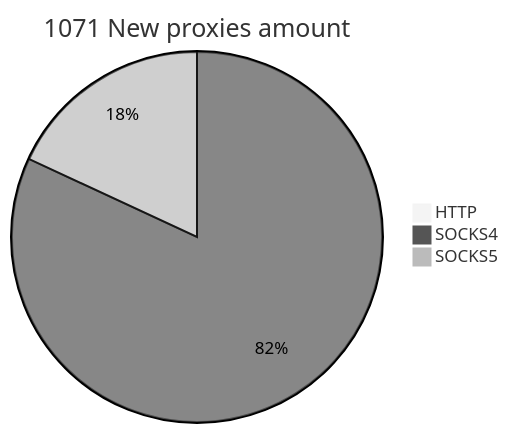
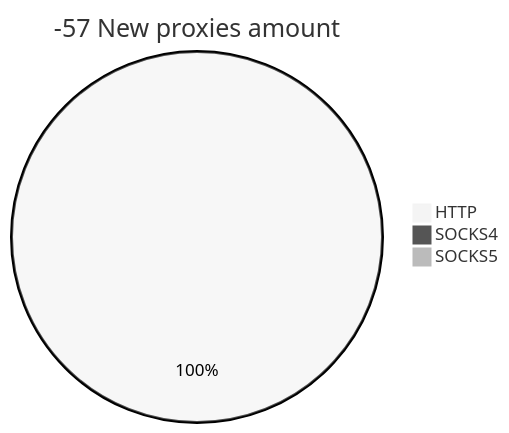
Before and after one commit to cutipu/proxylist: the second of 2 diagrams in README.md, drawn with Mermaid (neutral theme). The commit also changed other lines of this file, not shown here.

````diff
--- a/README.md
+++ b/README.md
@@ -10,6 +10,6 @@
 ```mermaid
-pie title 1071 New proxies amount
-    "HTTP" : 0
-    "SOCKS4" : 879
-    "SOCKS5" : 194
+pie title -57 New proxies amount
+    "HTTP" : 15
+    "SOCKS4" : 0
+    "SOCKS5" : 0
 ```
````
